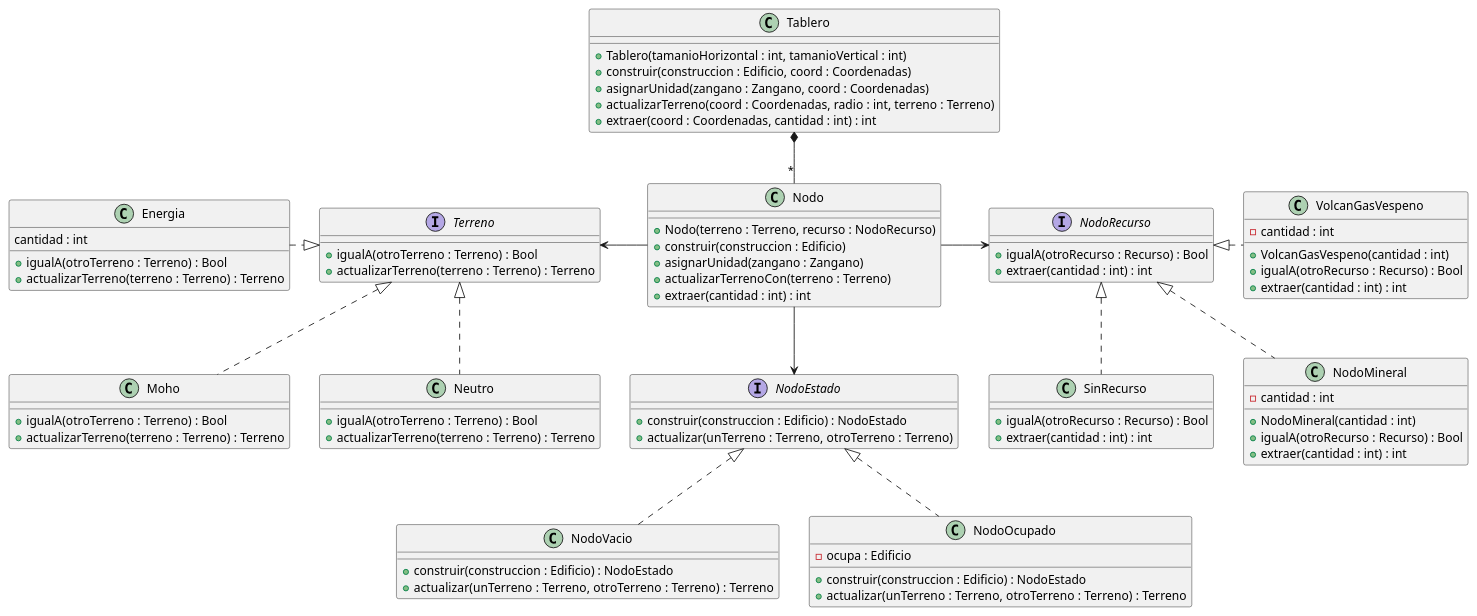
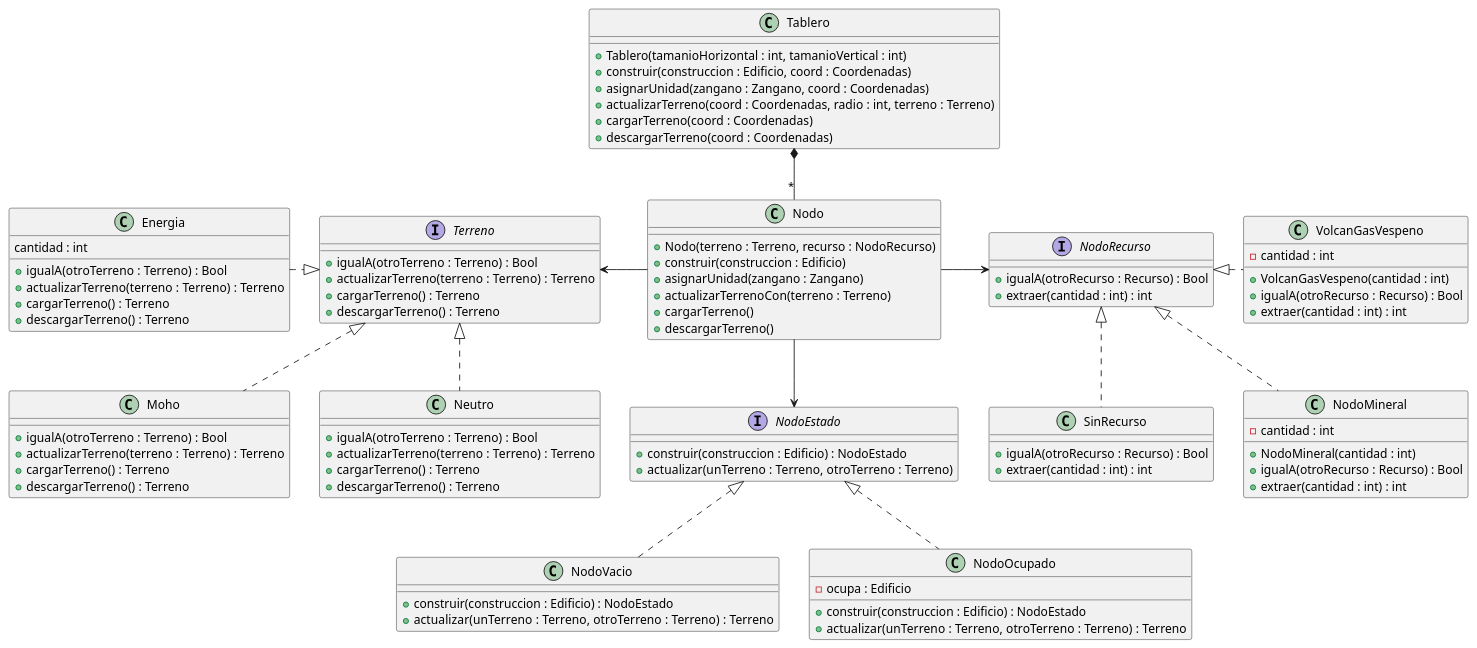
Before and after one commit to gabrielzitelli/Algo3_TP2_AlgoStar: the diagram in diagrams/classes/tablero.plantuml, drawn with PlantUML. The commit also changed 15 other files, not shown here.

Commit message:
Primera prueba caso de uso 14, con implementaciones suficientes para que pase con exito y actualizacion uml

```diff
--- a/diagrams/classes/tablero.plantuml
+++ b/diagrams/classes/tablero.plantuml
@@ -1,89 +1,99 @@
 @startuml
 
 class Tablero {
     + Tablero(tamanioHorizontal : int, tamanioVertical : int)
     + construir(construccion : Edificio, coord : Coordenadas)
     + asignarUnidad(zangano : Zangano, coord : Coordenadas)
     + actualizarTerreno(coord : Coordenadas, radio : int, terreno : Terreno)
-    + extraer(coord : Coordenadas, cantidad : int) : int
+    + cargarTerreno(coord : Coordenadas)
+    + descargarTerreno(coord : Coordenadas)
 }
 
 class Nodo {
     + Nodo(terreno : Terreno, recurso : NodoRecurso)
     + construir(construccion : Edificio)
     + asignarUnidad(zangano : Zangano)
     + actualizarTerrenoCon(terreno : Terreno)
-    + extraer(cantidad : int) : int
+    + cargarTerreno()
+    + descargarTerreno()
 }
 
 interface NodoEstado {
     + construir(construccion : Edificio) : NodoEstado
     + actualizar(unTerreno : Terreno, otroTerreno : Terreno)
 }
 class NodoVacio {
     + construir(construccion : Edificio) : NodoEstado
     + actualizar(unTerreno : Terreno, otroTerreno : Terreno) : Terreno
 }
 class NodoOcupado {
     - ocupa : Edificio
     + construir(construccion : Edificio) : NodoEstado
     + actualizar(unTerreno : Terreno, otroTerreno : Terreno) : Terreno
 }
 
 interface Terreno {
     + igualA(otroTerreno : Terreno) : Bool
     + actualizarTerreno(terreno : Terreno) : Terreno
+    + cargarTerreno() : Terreno
+    + descargarTerreno() : Terreno
 }
 class Energia {
     cantidad : int
     + igualA(otroTerreno : Terreno) : Bool
     + actualizarTerreno(terreno : Terreno) : Terreno
+    + cargarTerreno() : Terreno
+    + descargarTerreno() : Terreno
 }
 class Moho {
     + igualA(otroTerreno : Terreno) : Bool
     + actualizarTerreno(terreno : Terreno) : Terreno
+    + cargarTerreno() : Terreno
+    + descargarTerreno() : Terreno
 }
 class Neutro {
     + igualA(otroTerreno : Terreno) : Bool
     + actualizarTerreno(terreno : Terreno) : Terreno
+    + cargarTerreno() : Terreno
+    + descargarTerreno() : Terreno
 }
 
 interface NodoRecurso {
     + igualA(otroRecurso : Recurso) : Bool
     + extraer(cantidad : int) : int
 }
 class SinRecurso {
     + igualA(otroRecurso : Recurso) : Bool
     + extraer(cantidad : int) : int
 }
 class NodoMineral {
     - cantidad : int
     + NodoMineral(cantidad : int)
     + igualA(otroRecurso : Recurso) : Bool
     + extraer(cantidad : int) : int
 }
 class VolcanGasVespeno {
     - cantidad : int
     + VolcanGasVespeno(cantidad : int)
     + igualA(otroRecurso : Recurso) : Bool
     + extraer(cantidad : int) : int
 }
 
 Tablero *-- "*" Nodo
 
 NodoEstado <|.. NodoVacio
 NodoEstado <|.. NodoOcupado
 
 Nodo --> NodoEstado
 Nodo -left> Terreno
 Nodo -right> NodoRecurso
 
 Terreno <|.left. Energia
 Terreno <|.. Moho
 Terreno <|.. Neutro
 
 NodoRecurso <|.. SinRecurso
 NodoRecurso <|.. NodoMineral
 NodoRecurso <|.right. VolcanGasVespeno
 
 @enduml
```
